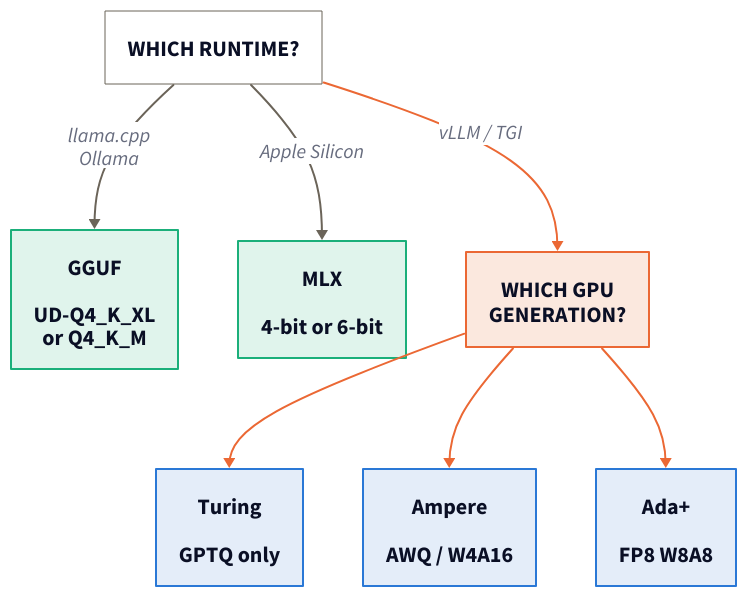
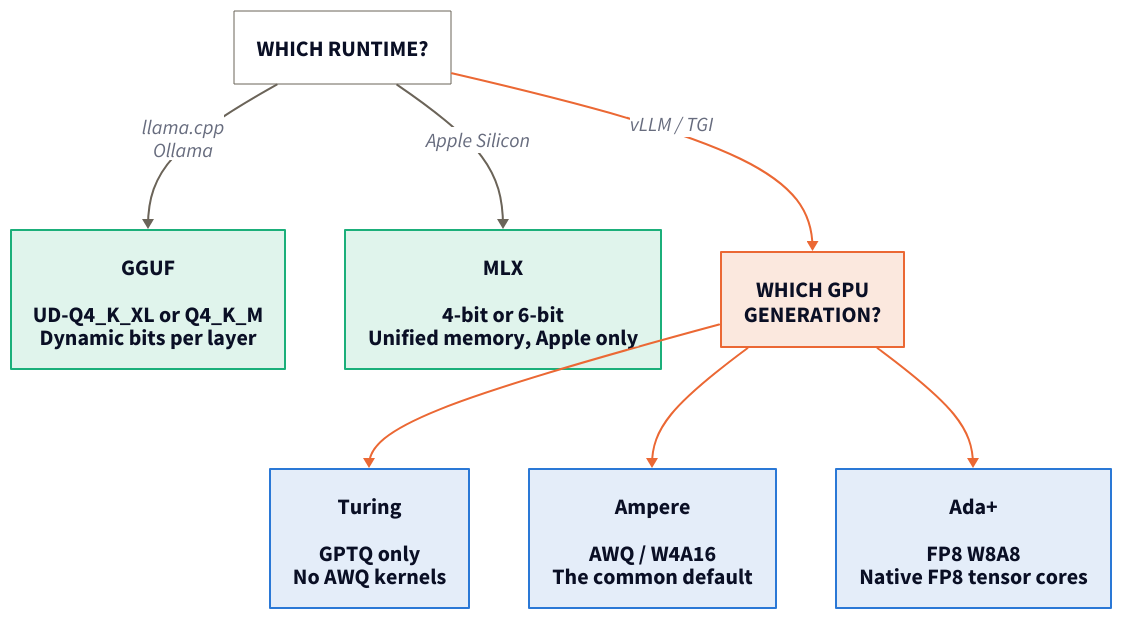
One commit to ong6/junxiong-notes changed the diagram in content/articles/quantization-what-it-costs.md. Above: the diagram before and after it, drawn with D2. The commit also changed 24 other files, not shown here.

First line of the commit message:
One figure grid: every figure the same width, caption on the same edge

````diff
--- a/content/articles/quantization-what-it-costs.md
+++ b/content/articles/quantization-what-it-costs.md
@@ -170,39 +170,39 @@
 ```d2 Two questions decide the download, and neither is about quality: which runtime you serve on, then which GPU generation it sits on. Source: vLLM quantization compatibility matrix.
 direction: down
 
 q1: WHICH RUNTIME? {
   style: { stroke: "#6b6459"; fill: transparent; stroke-width: 1; font-size: 22 }
 }
 
-gguf: GGUF\n\nUD-Q4_K_XL\nor Q4_K_M {
+gguf: GGUF\n\nUD-Q4_K_XL or Q4_K_M\nDynamic bits per layer {
   style: { fill: "#e0f4ec"; stroke: "#1baf7a"; stroke-width: 2; font-size: 22 }
 }
 
-mlx: MLX\n\n4-bit or 6-bit {
+mlx: MLX\n\n4-bit or 6-bit\nUnified memory, Apple only {
   style: { fill: "#e0f4ec"; stroke: "#1baf7a"; stroke-width: 2; font-size: 22 }
 }
 
 q2: WHICH GPU\nGENERATION? {
   style: { fill: "#fbe8de"; stroke: "#eb6834"; stroke-width: 2; font-size: 22 }
 }
 
 q1 -> gguf: llama.cpp\nOllama { style: { stroke: "#6b6459"; font-size: 20 } }
 q1 -> q2: vLLM / TGI { style: { stroke: "#eb6834"; stroke-width: 2; font-size: 20 } }
 q1 -> mlx: Apple Silicon { style: { stroke: "#6b6459"; font-size: 20 } }
 
-turing: Turing\n\nGPTQ only {
+turing: Turing\n\nGPTQ only\nNo AWQ kernels {
   style: { fill: "#e4edf9"; stroke: "#2a78d6"; stroke-width: 2; font-size: 22 }
 }
 
-ampere: Ampere\n\nAWQ / W4A16 {
+ampere: Ampere\n\nAWQ / W4A16\nThe common default {
   style: { fill: "#e4edf9"; stroke: "#2a78d6"; stroke-width: 2; font-size: 22 }
 }
 
-hopper: Ada+\n\nFP8 W8A8 {
+hopper: Ada+\n\nFP8 W8A8\nNative FP8 tensor cores {
   style: { fill: "#e4edf9"; stroke: "#2a78d6"; stroke-width: 2; font-size: 22 }
 }
 
 q2 -> turing { style: { stroke: "#eb6834"; stroke-width: 2 } }
 q2 -> ampere { style: { stroke: "#eb6834"; stroke-width: 2 } }
 q2 -> hopper { style: { stroke: "#eb6834"; stroke-width: 2 } }
 ```
````
